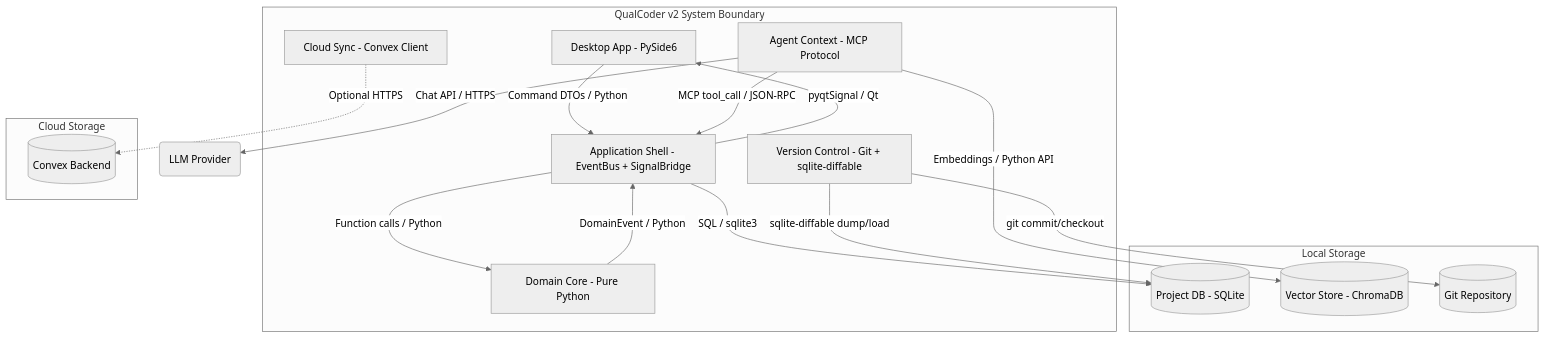
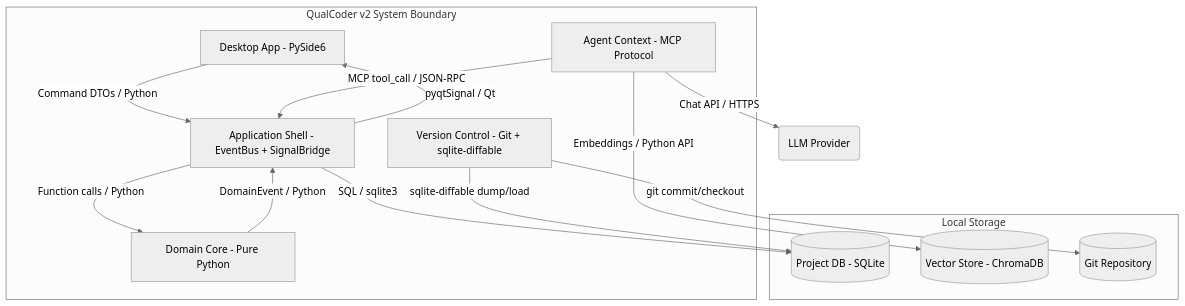
Before and after one commit to scope-impact/QualCoder-v2: the second of 12 diagrams in docs/ARCHITECTURE.md, drawn with Mermaid (neutral theme). The commit also changed other lines of this file and 79 other files, not shown here.

First line of the commit message:
refactor: remove Convex cloud sync infrastructure (QC-050)

````diff
--- a/docs/ARCHITECTURE.md
+++ b/docs/ARCHITECTURE.md
@@ -60,36 +59,30 @@
 ```mermaid
 graph TB
     subgraph QualCoder v2 System Boundary
         UI[Desktop App - PySide6]
         DOMAIN[Domain Core - Pure Python]
         APP[Application Shell - EventBus + SignalBridge]
         AGENT[Agent Context - MCP Protocol]
         VCS[Version Control - Git + sqlite-diffable]
-        SYNC[Cloud Sync - Convex Client]
 
         UI -- "Command DTOs / Python" --> APP
         APP -- "Function calls / Python" --> DOMAIN
         DOMAIN -- "DomainEvent / Python" --> APP
         APP -- "pyqtSignal / Qt" --> UI
         AGENT -- "MCP tool_call / JSON-RPC" --> APP
     end
 
     subgraph Local Storage
         DB[(Project DB - SQLite)]
         VEC[(Vector Store - ChromaDB)]
         GIT[(Git Repository)]
     end
 
-    subgraph Cloud Storage
-        CONVEX[(Convex Backend)]
-    end
-
     APP -- "SQL / sqlite3" --> DB
     AGENT -- "Embeddings / Python API" --> VEC
     VCS -- "sqlite-diffable dump/load" --> DB
     VCS -- "git commit/checkout" --> GIT
-    SYNC -. "Optional HTTPS" .-> CONVEX
 
     LLM(LLM Provider)
     AGENT -- "Chat API / HTTPS" --> LLM
 ```
````
